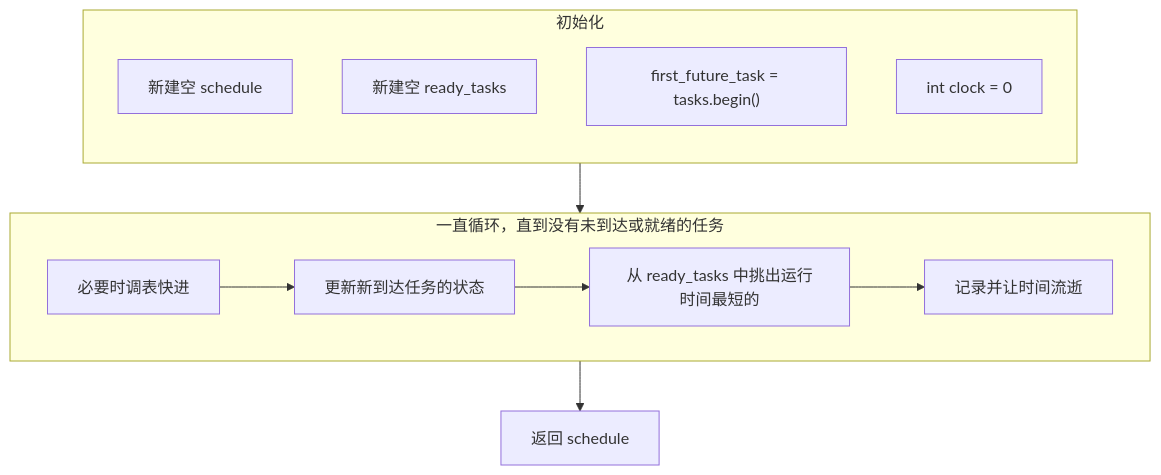
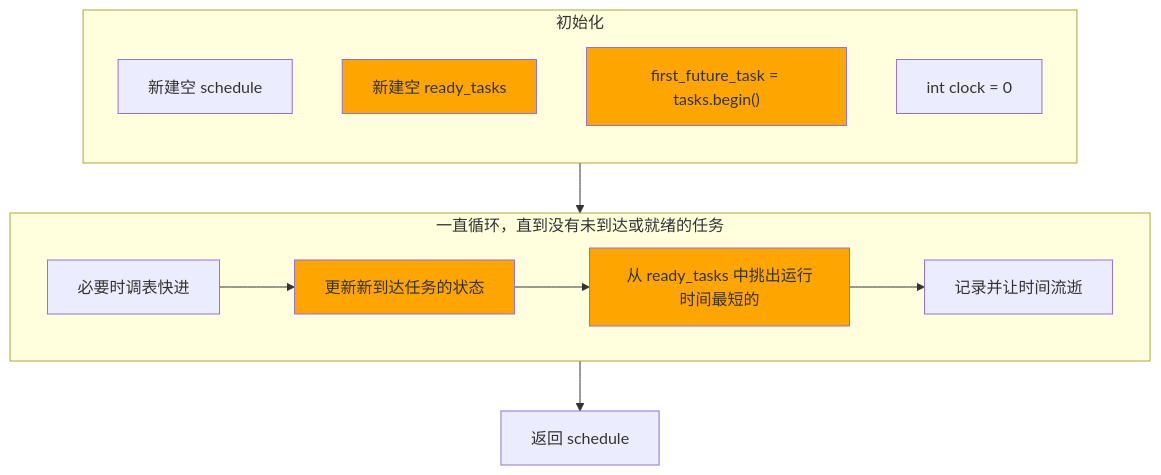
One commit to YDX-2147483647/os_homework changed the eighth of 11 diagrams in doc/doc_1.md. Above: the diagram before and after it, drawn with Mermaid. The commit also changed other lines of this file, not shown here.

````diff
--- a/doc/doc_1.md
+++ b/doc/doc_1.md
@@ -266,16 +268,18 @@
 ```mermaid
 flowchart TB
 subgraph init[初始化]
     direction TB
     new_schedule[新建空 schedule]
-    new_ready_tasks[新建空 ready_tasks]
-    init_first_future_task["first_future_task = tasks.begin()"]
+    new_ready_tasks[新建空 ready_tasks]:::diff
+    init_first_future_task["first_future_task = tasks.begin()"]:::diff
     zero[int clock = 0]
 end
 
 init --> while --> return[返回 schedule]
 
 subgraph while["一直循环，直到没有未到达或就绪的任务"]
-    必要时调表快进  --> 更新新到达任务的状态 --> select[从 ready_tasks 中挑出运行时间最短的] --> 记录并让时间流逝
+    必要时调表快进  --> 更新新到达任务的状态:::diff --> select[从 ready_tasks 中挑出运行时间最短的]:::diff --> 记录并让时间流逝
 end
+
+classDef diff fill: orange;
 ```
````
